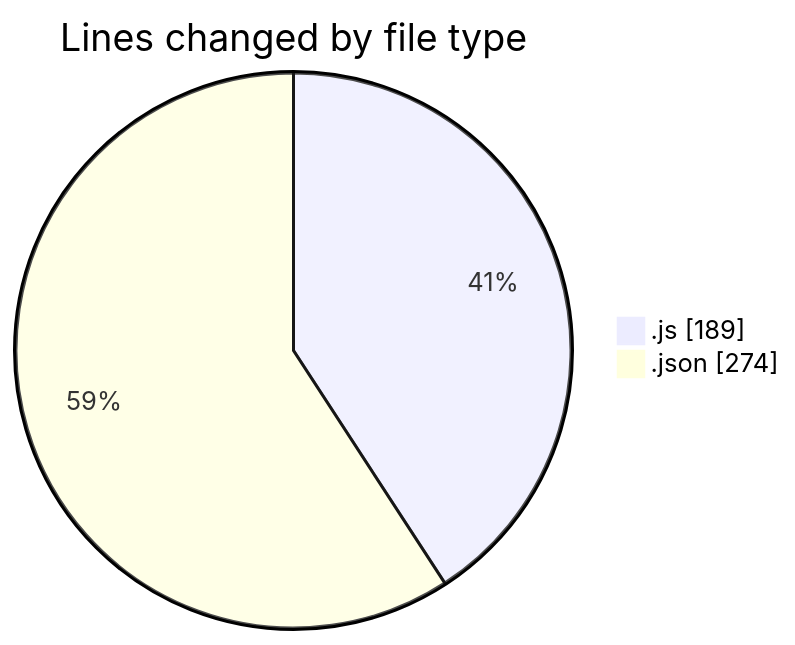
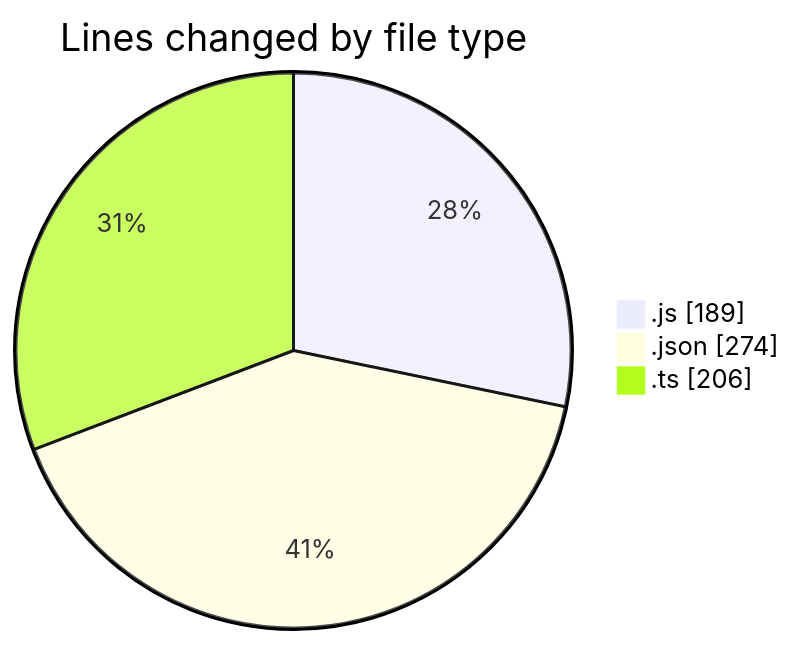
One commit to momahboobian/code-tracking changed the first of 2 diagrams in 2026-04-07/cda/README.md. Above: the diagram before and after it, drawn with Mermaid. The commit also changed other lines of this file and 1 other file, not shown here.

````diff
--- a/2026-04-07/cda/README.md
+++ b/2026-04-07/cda/README.md
@@ -24,6 +25,7 @@
 ```mermaid
 pie showData
 title Lines changed by file type
 ".js" : 189
 ".json" : 274
+".ts" : 206
 ```
````
